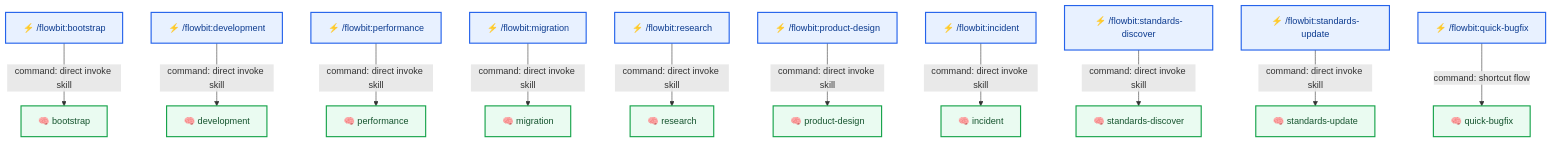
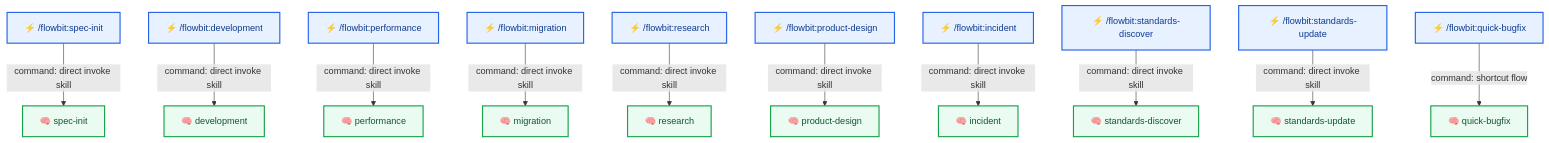
Before and after one commit to plucins/flowbit: the fifth of 9 diagrams in docs/flow/overview.md, drawn with Mermaid. The commit also changed other lines of this file and 22 other files, not shown here.

First line of the commit message:
Rename bootstrap skill to spec-init

````diff
--- a/docs/flow/overview.md
+++ b/docs/flow/overview.md
@@ -152,18 +152,18 @@
 ```mermaid
 graph TD
-  INIT["⚡ /flowbit:bootstrap"] -- "command: direct invoke skill" --> S_INIT["🧠 bootstrap"]
+  INIT["⚡ /flowbit:spec-init"] -- "command: direct invoke skill" --> S_INIT["🧠 spec-init"]
   DEV["⚡ /flowbit:development"] -- "command: direct invoke skill" --> S_DEV["🧠 development"]
   PERF["⚡ /flowbit:performance"] -- "command: direct invoke skill" --> S_PERF["🧠 performance"]
   MIG["⚡ /flowbit:migration"] -- "command: direct invoke skill" --> S_MIG["🧠 migration"]
   RES["⚡ /flowbit:research"] -- "command: direct invoke skill" --> S_RES["🧠 research"]
   PD["⚡ /flowbit:product-design"] -- "command: direct invoke skill" --> S_PD["🧠 product-design"]
   INC["⚡ /flowbit:incident"] -- "command: direct invoke skill" --> S_INC["🧠 incident"]
   STD_DISC["⚡ /flowbit:standards-discover"] -- "command: direct invoke skill" --> S_STD_DISC["🧠 standards-discover"]
   STD_UPD["⚡ /flowbit:standards-update"] -- "command: direct invoke skill" --> S_STD_UPD["🧠 standards-update"]
   QBUG["⚡ /flowbit:quick-bugfix"] -- "command: shortcut flow" --> S_QBUG["🧠 quick-bugfix"]
 
   classDef cmd fill:#E8F1FF,stroke:#2563EB,stroke-width:2px,color:#0B3A8F;
   classDef skill fill:#EAFBF1,stroke:#16A34A,stroke-width:2px,color:#14532D;
   class INIT,DEV,PERF,MIG,RES,PD,INC,STD_DISC,STD_UPD,QBUG cmd;
   class S_INIT,S_DEV,S_PERF,S_MIG,S_RES,S_PD,S_INC,S_STD_DISC,S_STD_UPD,S_QBUG skill;
 ```
````
